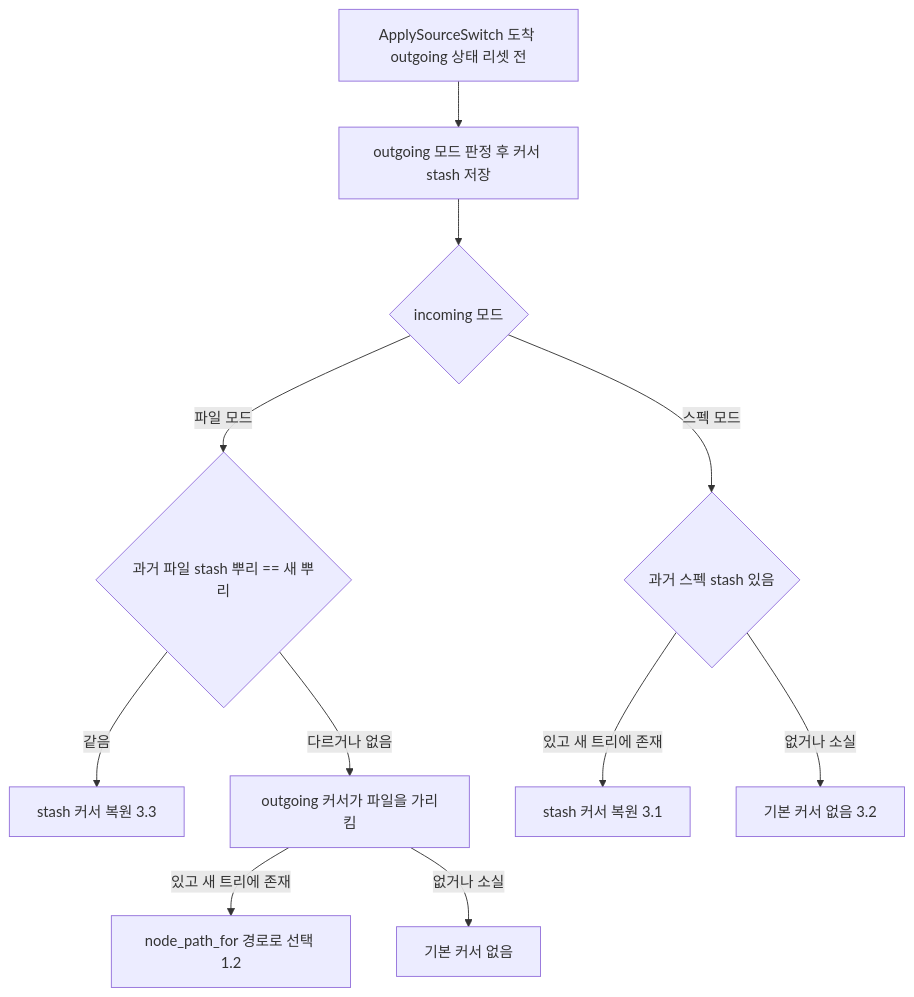
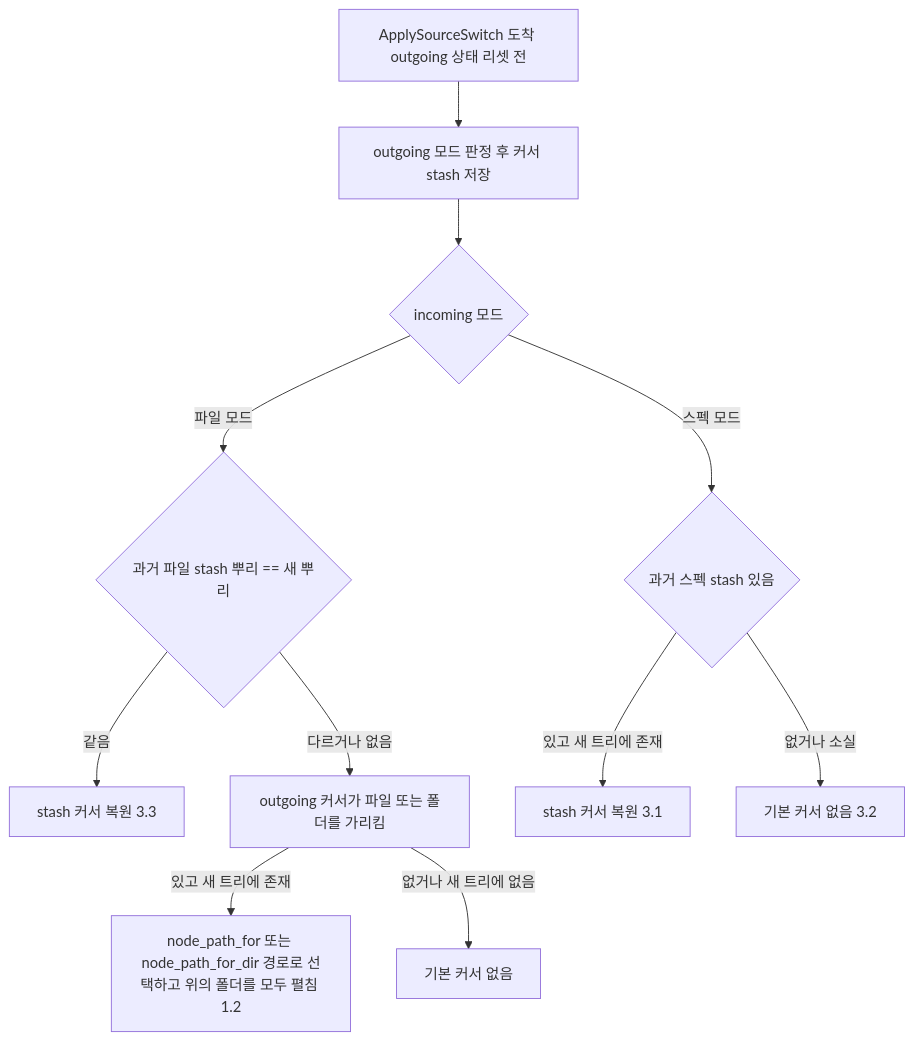
One commit to hodorii/spec-viewer changed the second of 2 diagrams in .kiro/specs/spec-viewer-files-mode-cursor-scan/design.md. Above: the diagram before and after it, drawn with Mermaid. The commit also changed other lines of this file and 6 other files, not shown here.

````diff
--- a/.kiro/specs/spec-viewer-files-mode-cursor-scan/design.md
+++ b/.kiro/specs/spec-viewer-files-mode-cursor-scan/design.md
@@ -67,13 +68,13 @@
 ```mermaid
 flowchart TD
     start[ApplySourceSwitch 도착 outgoing 상태 리셋 전] --> stashout[outgoing 모드 판정 후 커서 stash 저장]
     stashout --> incoming{incoming 모드}
     incoming -->|파일 모드| rootsame{과거 파일 stash 뿌리 == 새 뿌리}
     rootsame -->|같음| restoreF[stash 커서 복원 3.3]
-    rootsame -->|다르거나 없음| hint[outgoing 커서가 파일을 가리킴]
-    hint -->|있고 새 트리에 존재| select1[node_path_for 경로로 선택 1.2]
-    hint -->|없거나 소실| defaultF[기본 커서 없음]
+    rootsame -->|다르거나 없음| hint[outgoing 커서가 파일 또는 폴더를 가리킴]
+    hint -->|있고 새 트리에 존재| select1[node_path_for 또는 node_path_for_dir 경로로 선택하고 위의 폴더를 모두 펼침 1.2]
+    hint -->|없거나 새 트리에 없음| defaultF[기본 커서 없음]
     incoming -->|스펙 모드| specstash{과거 스펙 stash 있음}
     specstash -->|있고 새 트리에 존재| restoreS[stash 커서 복원 3.1]
     specstash -->|없거나 소실| defaultS[기본 커서 없음 3.2]
 ```
````
